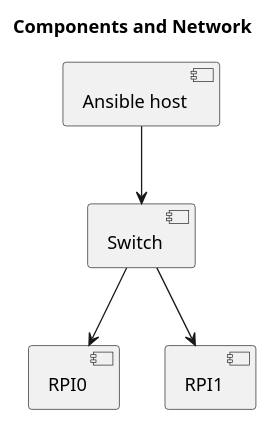
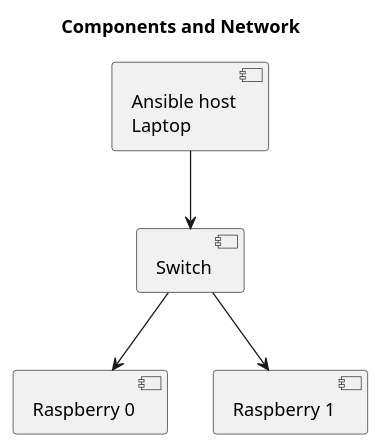
One commit to yeehazerog/raspi-ansible changed the diagram in components.plantuml. Above: the diagram before and after it, drawn with PlantUML.

Commit message:
added aliases for components

```diff
--- a/components.plantuml
+++ b/components.plantuml
@@ -1,19 +1,19 @@
 @startuml
 
 scale max 600 width
 
 title            Components and Network
 
-component "Ansible host"
+component [Ansible host\nLaptop] as host
 
-component "Switch"
+component [Switch] as switch
 
-component "RPI0"
-component "RPI1"
+component [Raspberry 0] as RPI0
+component [Raspberry 1] as RPI1
 
 ' links
-[Ansible host] --> [Switch]
-[Switch] --> [RPI0]
-[Switch] --> [RPI1]
+host --> switch
+switch --> RPI0
+switch --> RPI1
 
 @enduml
```
